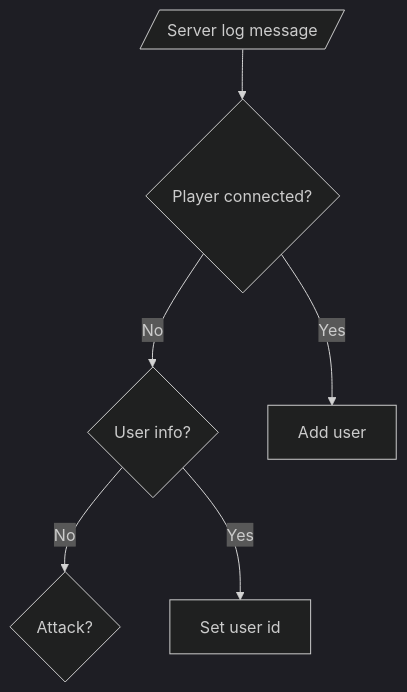
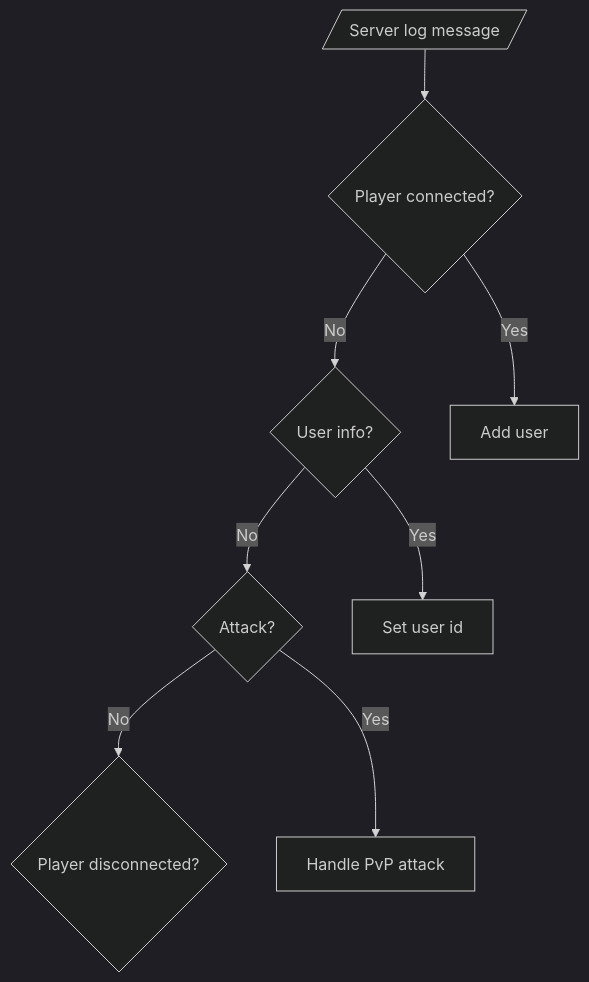
The diagram in README.md (carlosjhr64/l4d2-observer), drawn with Mermaid (dark theme) before and after one commit.

Commit message:
mermaid - yes/no - process

````diff
--- a/README.md
+++ b/README.md
@@ -32,8 +32,10 @@
 ```mermaid
 flowchart TD;
   LogMsg[/Server log message/] --> Connected{Player connected?};
   Connected -->|No| UserInfo{User info?};
   Connected -->|Yes| ProcessConnected[Add user];
   UserInfo -->|No| Attack{Attack?};
   UserInfo -->|Yes| ProcessUserInfo[Set user id];
+  Attack -->|No| Dropped{Player disconnected?};
+  Attack -->|Yes| ProcessAttack[Handle PvP attack]
 ```
````
